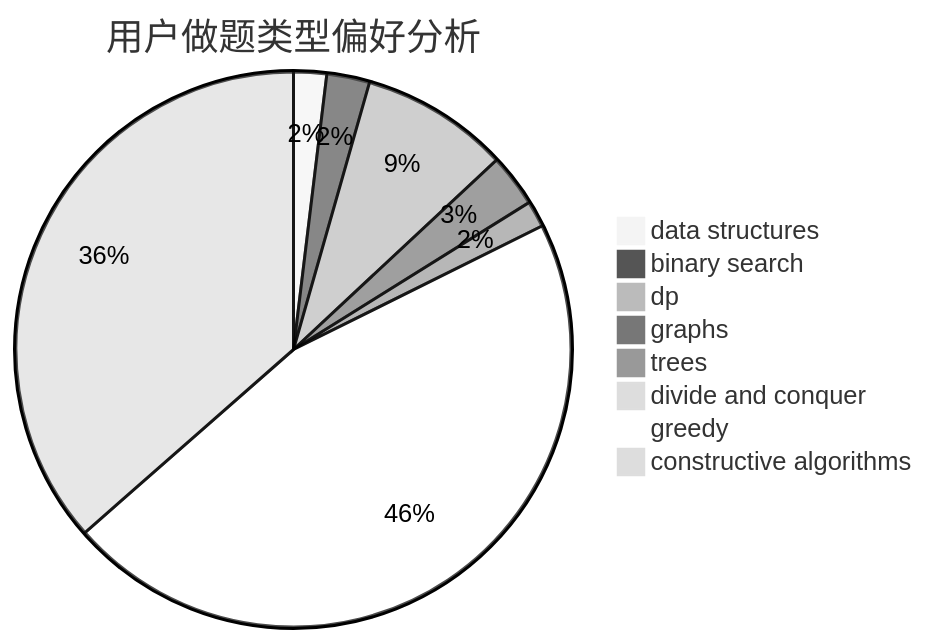
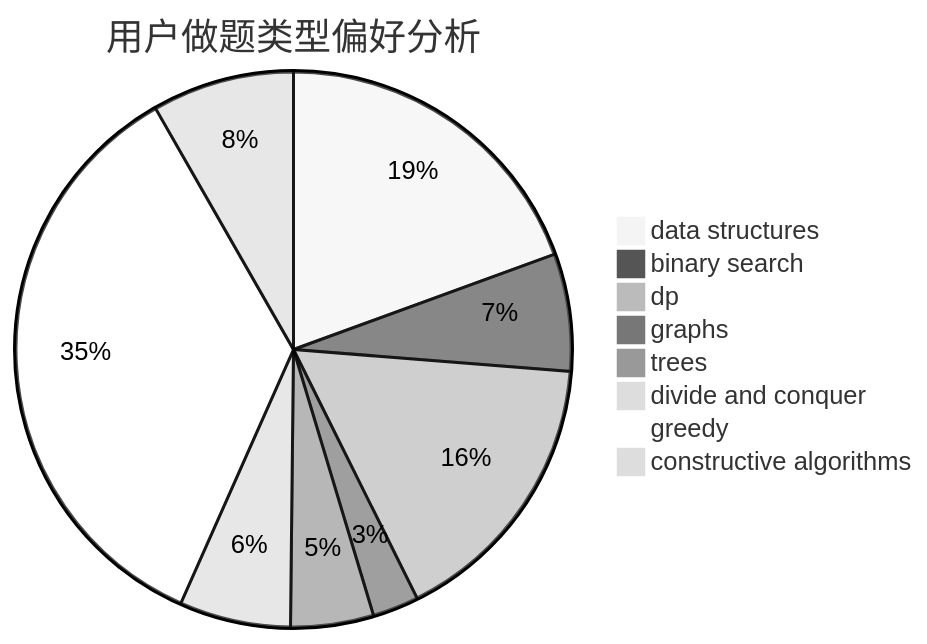
The second of 3 diagrams in docs/user/u1546.md (sherpahu/cfrs.github.io), drawn with Mermaid (neutral theme) before and after one commit. The commit also changed other lines of this file and 2770 other files, not shown here.

````diff
--- a/docs/user/u1546.md
+++ b/docs/user/u1546.md
@@ -23,11 +23,11 @@
 ```mermaid
 pie title 用户做题类型偏好分析
-    "data structures" :  10
-    "binary search" :  13
-    "dp" :  45
-    "graphs" :  16
-    "trees" :  8
-    "divide and conquer" :  0
-    "greedy" :  239
-    "constructive algorithms" :  190
+    "data structures" :  282
+    "binary search" :  99
+    "dp" :  238
+    "graphs" :  39
+    "trees" :  70
+    "divide and conquer" :  94
+    "greedy" :  509
+    "constructive algorithms" :  120
 ```
````
